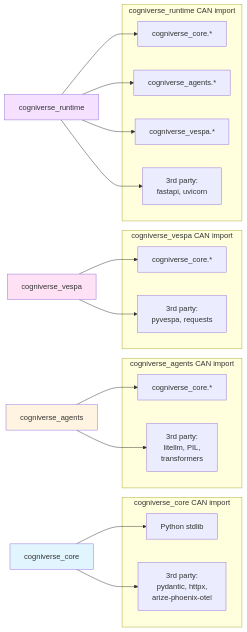
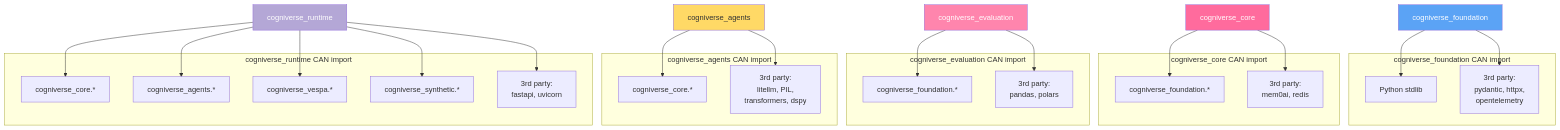
One commit to amit-jain/cogniverse changed diagram 12 of 17 in docs/diagrams/sdk-architecture-diagrams.md. Above: the diagram before and after it, drawn with Mermaid. The commit also changed other lines of this file and 49 other files, not shown here.

First line of the commit message:
Update all documentation to reflect 10-package architecture

````diff
--- a/docs/diagrams/sdk-architecture-diagrams.md
+++ b/docs/diagrams/sdk-architecture-diagrams.md
@@ -435,43 +615,54 @@
 ```mermaid
-graph LR
+graph TB
+    subgraph "cogniverse_foundation CAN import"
+        FoundationStdLib[Python stdlib]
+        FoundationThirdParty[3rd party:<br/>pydantic, httpx,<br/>opentelemetry]
+    end
+
     subgraph "cogniverse_core CAN import"
-        CoreStdLib[Python stdlib]
-        CoreThirdParty[3rd party:<br/>pydantic, httpx,<br/>arize-phoenix-otel]
+        CoreFoundation[cogniverse_foundation.*]
+        CoreThirdParty[3rd party:<br/>mem0ai, redis]
+    end
+
+    subgraph "cogniverse_evaluation CAN import"
+        EvalFoundation[cogniverse_foundation.*]
+        EvalThirdParty[3rd party:<br/>pandas, polars]
     end
 
     subgraph "cogniverse_agents CAN import"
         AgentsCore[cogniverse_core.*]
-        AgentsThirdParty[3rd party:<br/>litellm, PIL,<br/>transformers]
-    end
-
-    subgraph "cogniverse_vespa CAN import"
-        VespaCore[cogniverse_core.*]
-        VespaThirdParty[3rd party:<br/>pyvespa, requests]
+        AgentsThirdParty[3rd party:<br/>litellm, PIL,<br/>transformers, dspy]
     end
 
     subgraph "cogniverse_runtime CAN import"
         RuntimeCore[cogniverse_core.*]
         RuntimeAgents[cogniverse_agents.*]
         RuntimeVespa[cogniverse_vespa.*]
+        RuntimeSynthetic[cogniverse_synthetic.*]
         RuntimeThirdParty[3rd party:<br/>fastapi, uvicorn]
     end
 
-    Core[cogniverse_core] --> CoreStdLib
+    Foundation[cogniverse_foundation] --> FoundationStdLib
+    Foundation --> FoundationThirdParty
+
+    Core[cogniverse_core] --> CoreFoundation
     Core --> CoreThirdParty
+
+    Evaluation[cogniverse_evaluation] --> EvalFoundation
+    Evaluation --> EvalThirdParty
 
     Agents[cogniverse_agents] --> AgentsCore
     Agents --> AgentsThirdParty
 
-    Vespa[cogniverse_vespa] --> VespaCore
-    Vespa --> VespaThirdParty
-
     Runtime[cogniverse_runtime] --> RuntimeCore
     Runtime --> RuntimeAgents
     Runtime --> RuntimeVespa
+    Runtime --> RuntimeSynthetic
     Runtime --> RuntimeThirdParty
 
-    style Core fill:#e1f5ff
-    style Agents fill:#fff4e1
-    style Vespa fill:#ffe1f5
-    style Runtime fill:#f5e1ff
+    style Foundation fill:#5BA3F5,color:#fff
+    style Core fill:#FF6B9D,color:#fff
+    style Evaluation fill:#FF85AD,color:#fff
+    style Agents fill:#FFD966
+    style Runtime fill:#B4A7D6,color:#fff
 ```
````
